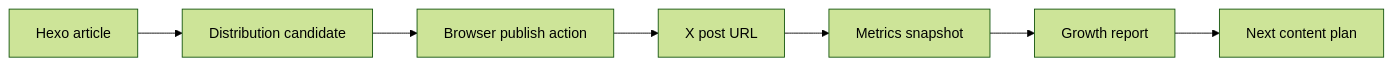
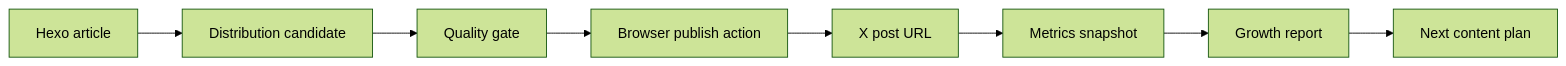
One commit to clean99/clean99.github.io changed the diagram in docs/social-growth-system.md. Above: the diagram before and after it, drawn with Mermaid (forest theme). The commit also changed other lines of this file and 10 other files, not shown here.

Commit message:
feat: add x publishing quality gate

````diff
--- a/docs/social-growth-system.md
+++ b/docs/social-growth-system.md
@@ -39,9 +40,10 @@
 ```mermaid
 flowchart LR
   A["Hexo article"] --> B["Distribution candidate"]
-  B --> C["Browser publish action"]
-  C --> D["X post URL"]
-  D --> E["Metrics snapshot"]
-  E --> F["Growth report"]
-  F --> G["Next content plan"]
+  B --> C["Quality gate"]
+  C --> D["Browser publish action"]
+  D --> E["X post URL"]
+  E --> F["Metrics snapshot"]
+  F --> G["Growth report"]
+  G --> H["Next content plan"]
 ```
````
